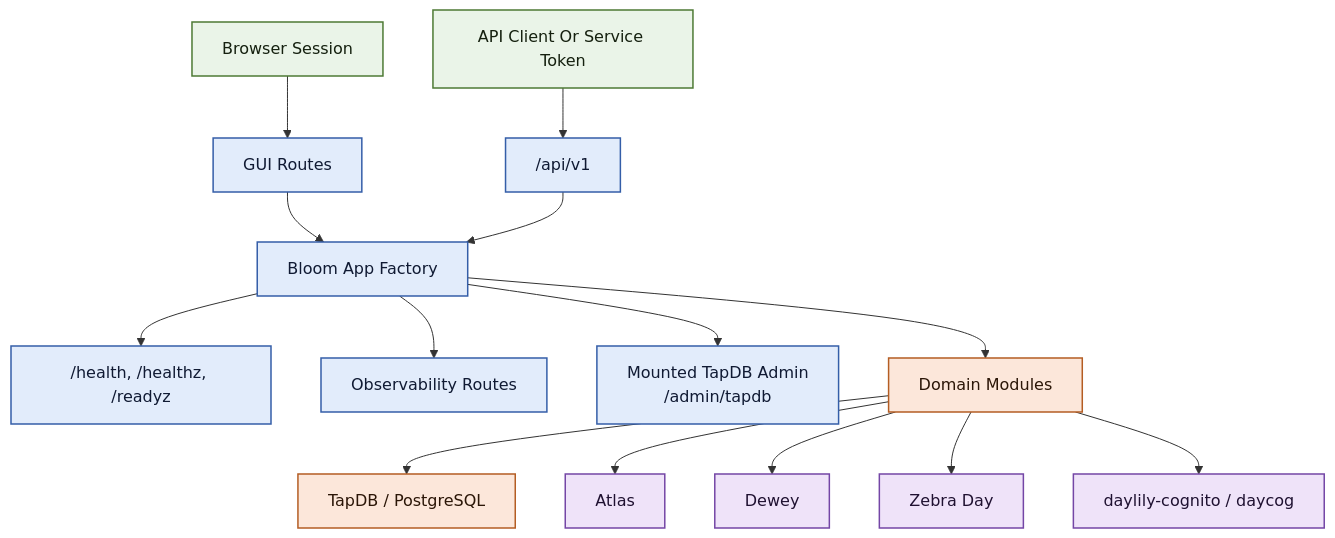
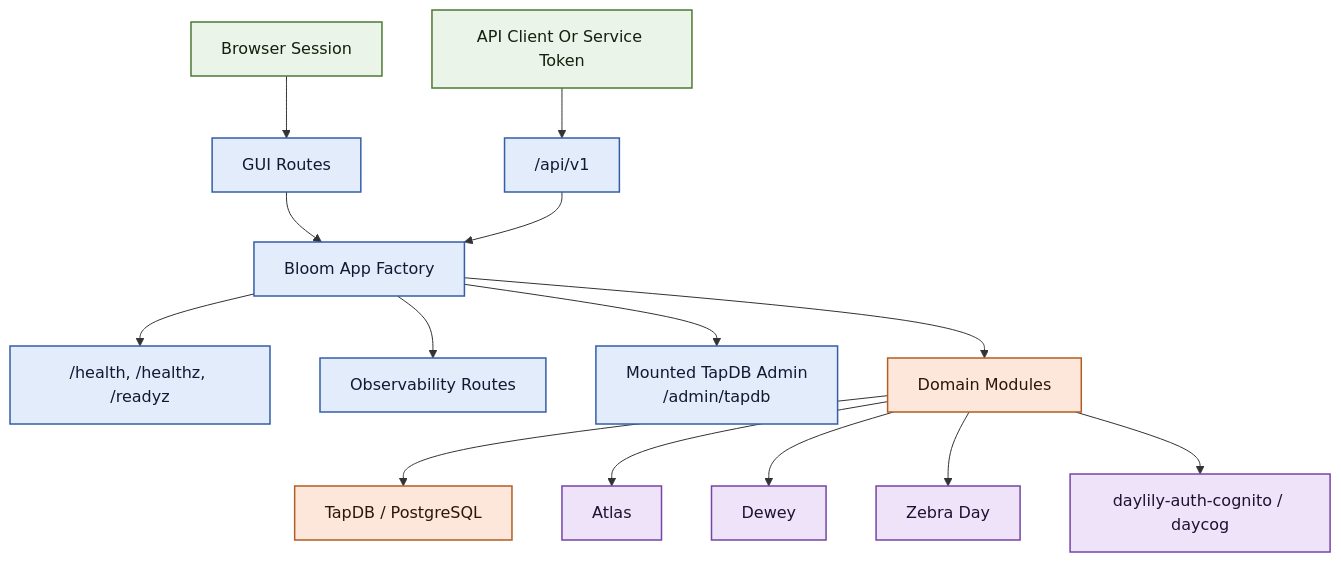
Before and after one commit to Daylily-Informatics/bloom: the diagram in docs/architecture.md, drawn with Mermaid. The commit also changed other lines of this file and 10 other files, not shown here.

Commit message:
Fix Bloom Cognito config and auth session flow

````diff
--- a/docs/architecture.md
+++ b/docs/architecture.md
@@ -5,26 +7,26 @@
 ```mermaid
 flowchart TB
     classDef entry fill:#eaf4e8,stroke:#4d7a34,color:#15200f,stroke-width:1.5px;
     classDef app fill:#e2ecfb,stroke:#345ea8,color:#101a33,stroke-width:1.5px;
     classDef domain fill:#fce7da,stroke:#b45d23,color:#2b1607,stroke-width:1.5px;
     classDef ext fill:#efe3f9,stroke:#7446a6,color:#1f1131,stroke-width:1.5px;
 
     Browser["Browser Session"] --> GUI["GUI Routes"]
     Client["API Client Or Service Token"] --> API["/api/v1"]
     GUI --> App["Bloom App Factory"]
     API --> App
     App --> Health["/health, /healthz, /readyz"]
     App --> Obs["Observability Routes"]
     App --> Admin["Mounted TapDB Admin<br/>/admin/tapdb"]
     App --> Domain["Domain Modules"]
     Domain --> TapDB["TapDB / PostgreSQL"]
     Domain --> Atlas["Atlas"]
     Domain --> Dewey["Dewey"]
     Domain --> Zebra["Zebra Day"]
-    Domain --> daycog["daylily-cognito / daycog"]
+    Domain --> daycog["daylily-auth-cognito / daycog"]
 
     class Browser,Client entry
     class GUI,API,App,Health,Obs,Admin app
     class Domain,TapDB domain
     class Atlas,Dewey,Zebra,daycog ext
 ```
````
